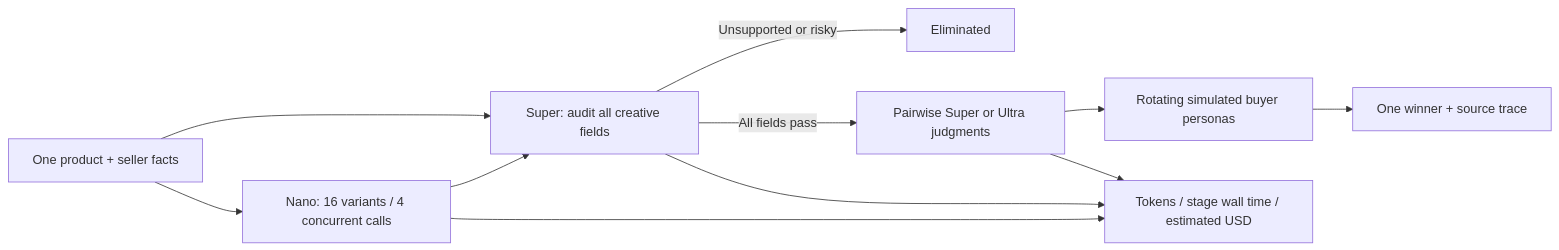
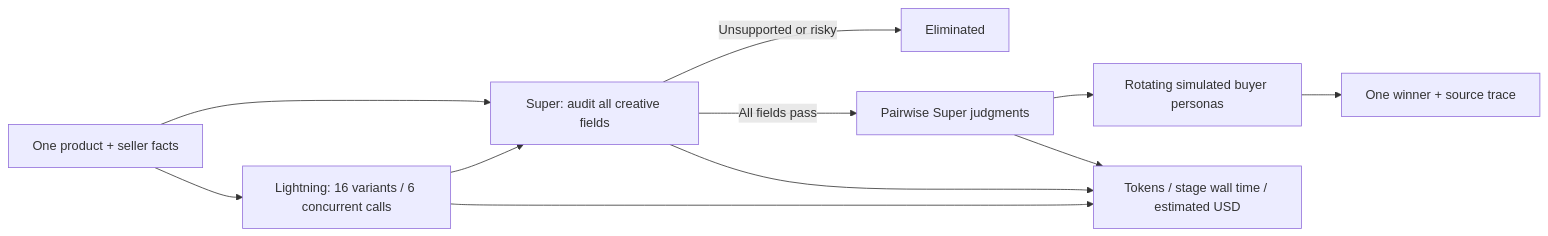
One commit to kks0488/commerce-content-engine changed the first of 2 diagrams in README.md. Above: the diagram before and after it, drawn with Mermaid. The commit also changed other lines of this file and 21 other files, not shown here.

Commit message:
Enable live Nebius Lightning and Super workflows with explicit fallback

````diff
--- a/README.md
+++ b/README.md
@@ -42,13 +42,13 @@
 ```mermaid
 flowchart LR
-  P[One product + seller facts] --> N[Nano: 16 variants / 4 concurrent calls]
+  P[One product + seller facts] --> N[Lightning: 16 variants / 6 concurrent calls]
   N --> S[Super: audit all creative fields]
   P --> S
   S -->|Unsupported or risky| X[Eliminated]
-  S -->|All fields pass| B[Pairwise Super or Ultra judgments]
+  S -->|All fields pass| B[Pairwise Super judgments]
   B --> R[Rotating simulated buyer personas]
   R --> W[One winner + source trace]
   N --> M[Tokens / stage wall time / estimated USD]
   S --> M
   B --> M
 ```
````
